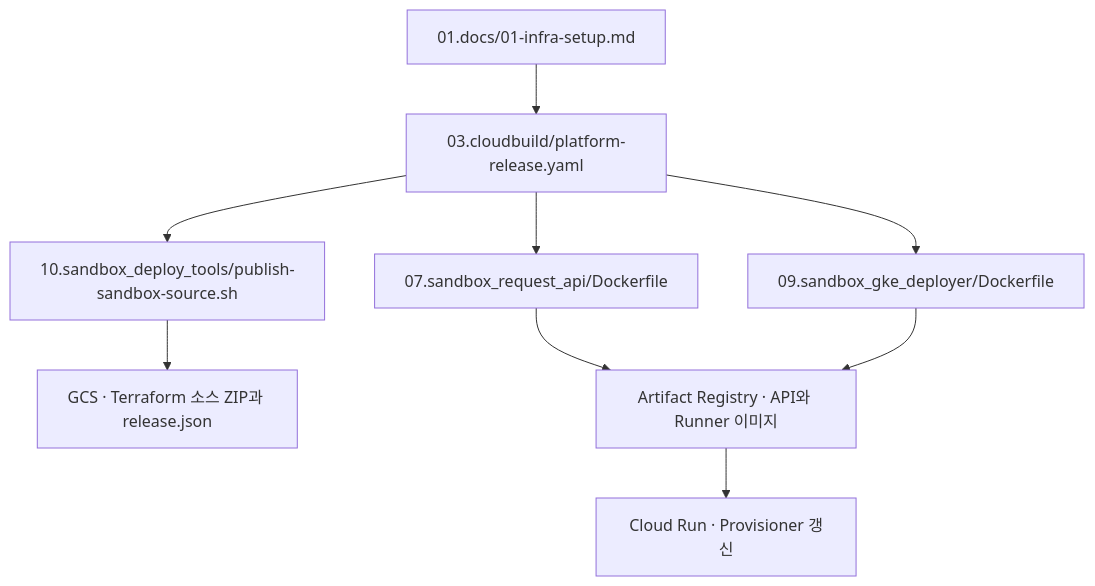
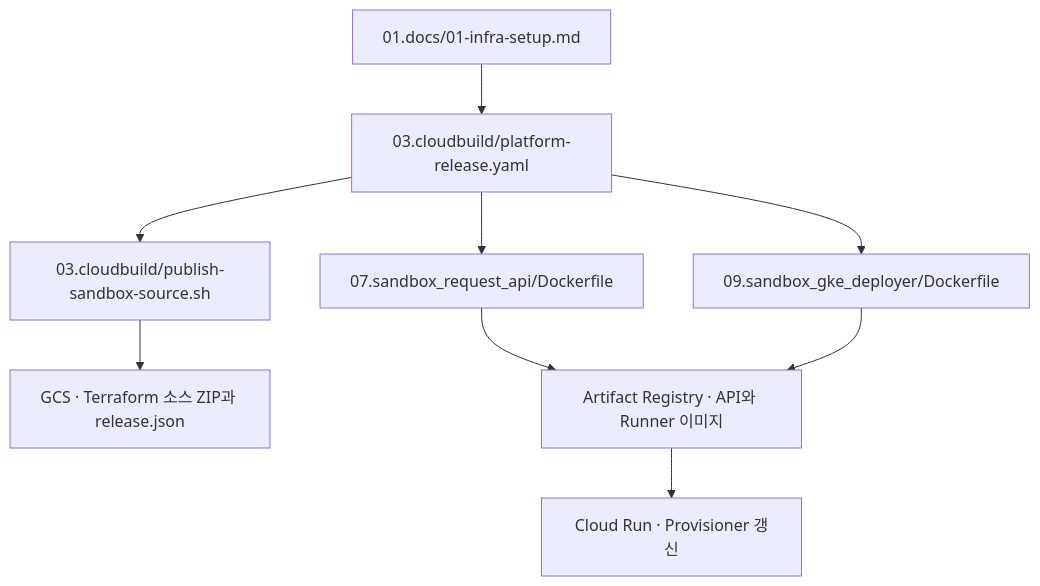
One commit to sonmap/https-github.com-sonmap-GCP_SBX_Test02 changed the second of 6 diagrams in 01.docs/reference/file-relationships.md. Above: the diagram before and after it, drawn with Mermaid. The commit also changed other lines of this file and 16 other files, not shown here.

````diff
--- a/01.docs/reference/file-relationships.md
+++ b/01.docs/reference/file-relationships.md
@@ -43,16 +43,16 @@
 ```mermaid
 flowchart TD
     OP["01.docs/01-infra-setup.md"]
     REL["03.cloudbuild/platform-release.yaml"]
     API["07.sandbox_request_api/Dockerfile"]
     RUN["09.sandbox_gke_deployer/Dockerfile"]
-    PUB["10.sandbox_deploy_tools/publish-sandbox-source.sh"]
+    PUB["03.cloudbuild/publish-sandbox-source.sh"]
     ZIP["GCS · Terraform 소스 ZIP과 release.json"]
     AR["Artifact Registry · API와 Runner 이미지"]
     CR["Cloud Run · Provisioner 갱신"]
     OP --> REL
     REL --> API --> AR
     REL --> RUN --> AR
     REL --> PUB --> ZIP
     AR --> CR
 ```
````
